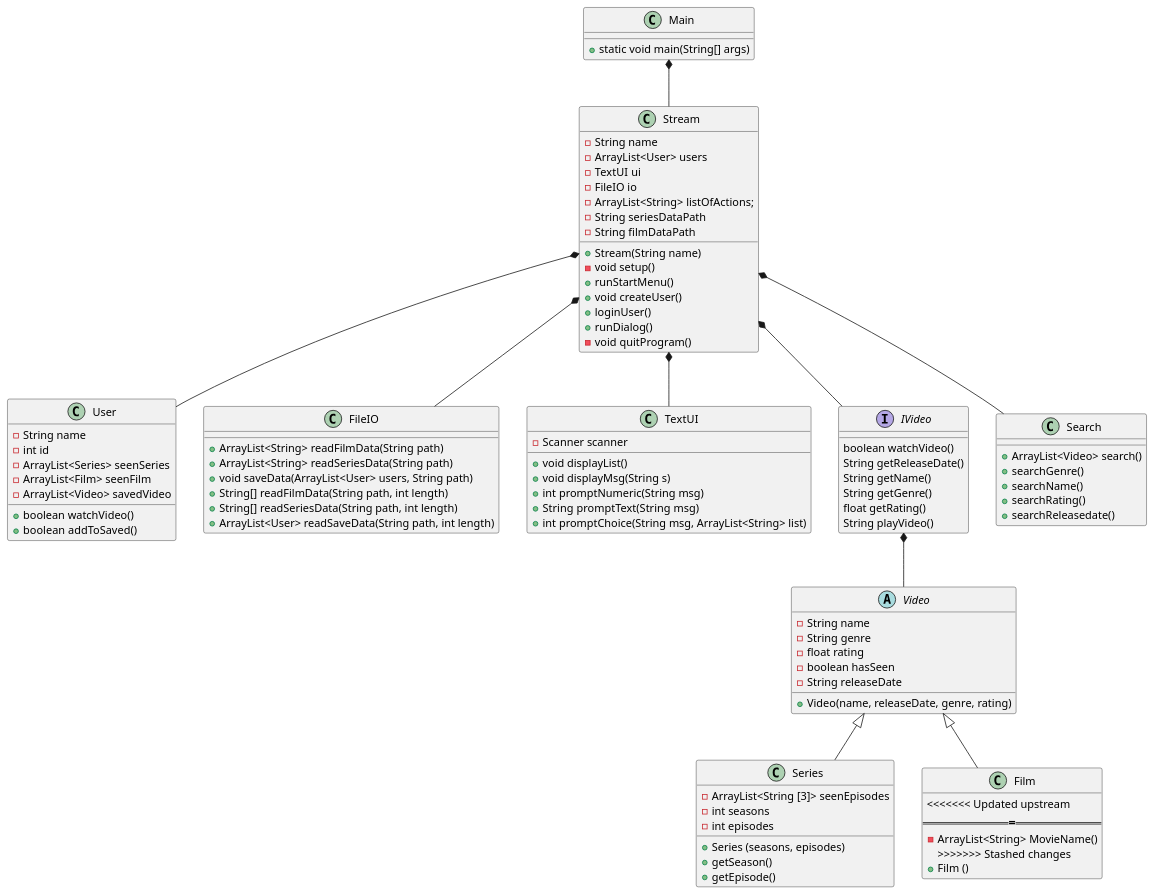
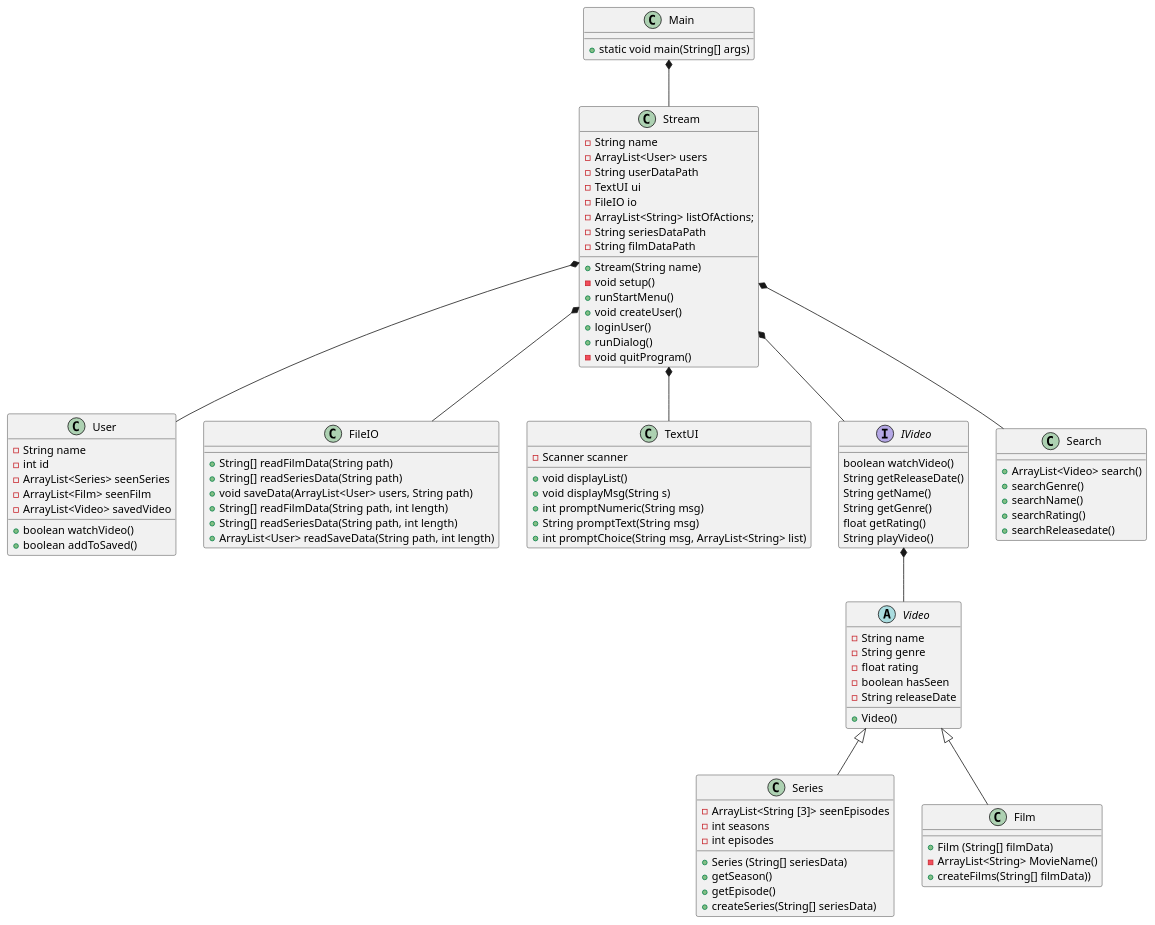
One commit to Gervig/SP3-Gruppe-C changed the diagram in doc/Plan/static/classdiagram.puml. Above: the diagram before and after it, drawn with PlantUML. The commit also changed 1 other file, not shown here.

```diff
--- a/doc/Plan/static/classdiagram.puml
+++ b/doc/Plan/static/classdiagram.puml
@@ -1,125 +1,125 @@
 @startuml
 'https://plantuml.com/class-diagram
 
 class Main{
 + static void main(String[] args)
 }
 
 class Stream{
 - String name
 'utilities
 - ArrayList<User> users
+- String userDataPath
 - TextUI ui
 - FileIO io
 - ArrayList<String> listOfActions;
 - String seriesDataPath
 - String filmDataPath
 'constructor
 + Stream(String name)
 'methods
 - void setup()
 ' setup er til er at læse data
 + runStartMenu()
 + void createUser()
 ' skal createUser være void? Det er den i matador
 ' createUser skal vel checke om der er andre med det brugernavn
 + loginUser()
 ' skal loginUser være void?
 ' den skal vel checke om der er en user med det username og tjekke om loginnet er korrekt
 + runDialog()
 ' i runDialog kan man vælge at søge
 - void quitProgram()
 }
 
 
 class User{
 - String name
 - int id
 - ArrayList<Series> seenSeries
 - ArrayList<Film> seenFilm
 - ArrayList<Video> savedVideo
 + boolean watchVideo()
 + boolean addToSaved()
 }
 
 class FileIO{
-+ ArrayList<String> readFilmData(String path)
-+ ArrayList<String> readSeriesData(String path)
++ String[] readFilmData(String path)
++ String[] readSeriesData(String path)
 + void saveData(ArrayList<User> users, String path)
 + String[] readFilmData(String path, int length)
 + String[] readSeriesData(String path, int length)
 + ArrayList<User> readSaveData(String path, int length)
 }
 
 class TextUI{
 - Scanner scanner
 + void displayList()
 + void displayMsg(String s)
 + int promptNumeric(String msg)
 + String promptText(String msg)
 + int promptChoice(String msg, ArrayList<String> list)
 }
 
 interface IVideo {
 boolean watchVideo()
 String getReleaseDate()
 String getName()
 String getGenre()
 float getRating()
 String playVideo()
 }
 
 abstract Class Video{
 - String name
 - String genre
 - float rating
 - boolean hasSeen
 - String releaseDate
 'constructor
-+ Video(name, releaseDate, genre, rating)
++ Video()
 }
 
 class Series{
 - ArrayList<String [3]> seenEpisodes
 - int seasons
 - int episodes
-+ Series (seasons, episodes)
++ Series (String[] seriesData)
 + getSeason()
 + getEpisode()
++ createSeries(String[] seriesData)
 }
 
 class Film {
-<<<<<<< Updated upstream
-=======
+'constructor
++ Film (String[] filmData)
 - ArrayList<String> MovieName()
->>>>>>> Stashed changes
-'constructor
-+ Film ()
++ createFilms(String[] filmData))
 }
 
 
 class Search{
 + ArrayList<Video> search()
 'methods til de forskellige søgemuligheder
 ' Skal disse returnere objekterne fra video?
 + searchGenre()
 + searchName()
 + searchRating()
 + searchReleasedate()
 'skal vi have funktioner der kun søger blandt serier og film adskilt?
 }
 
 IVideo *-- Video
 
 Video <|-- Series
 Video <|-- Film
 
 Main *-- Stream
 
 Stream *-- User
 Stream *-- FileIO
 Stream *-- TextUI
 Stream *-- IVideo
 Stream *-- Search
 
 @enduml
```
